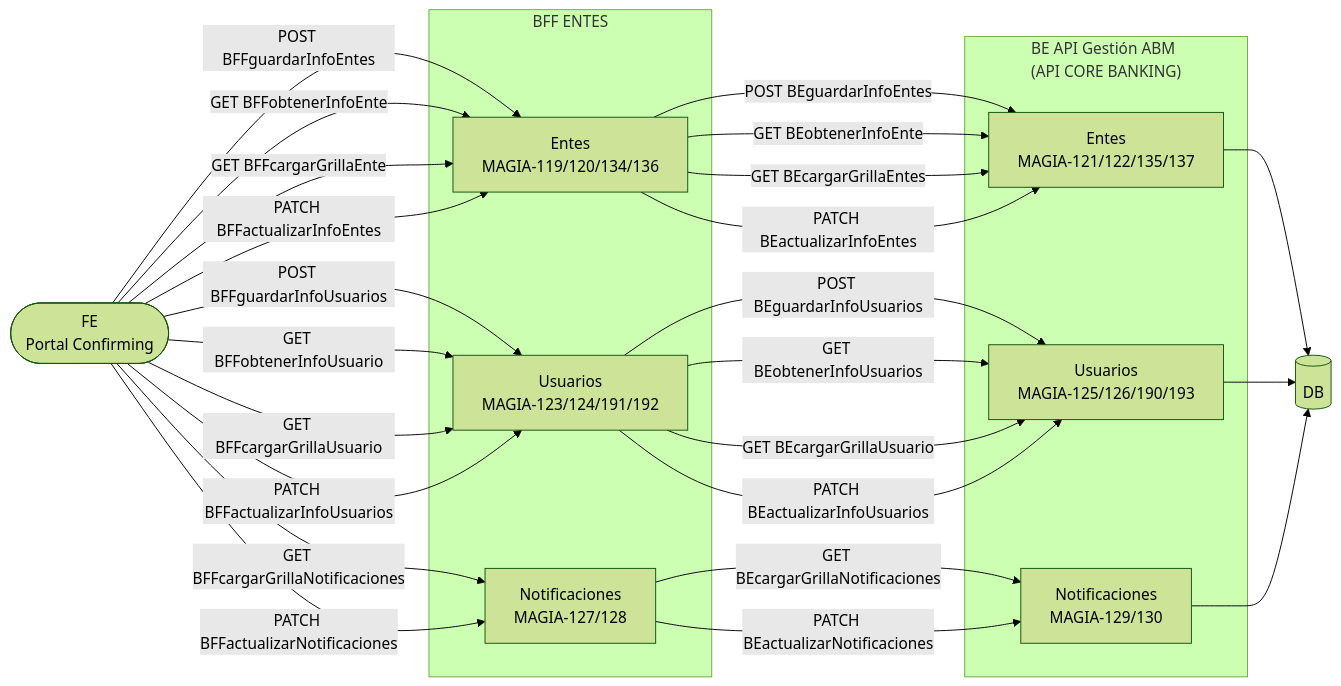
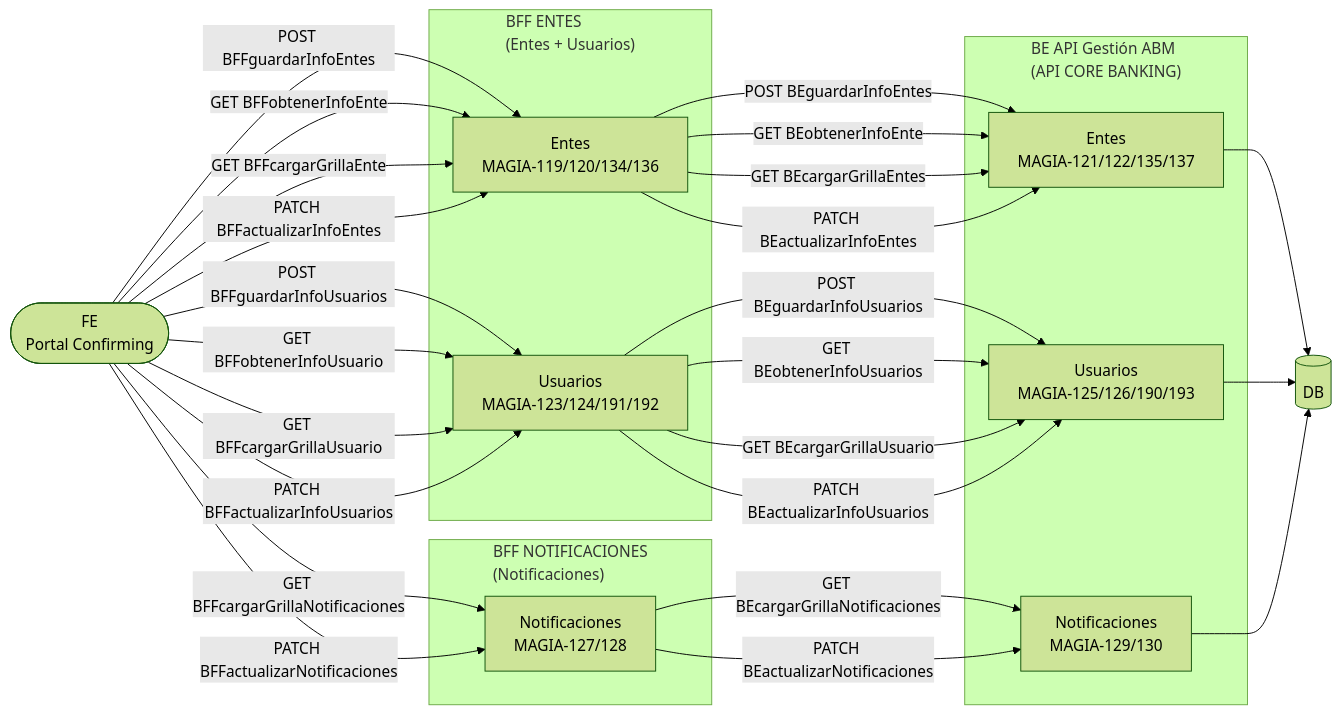
One commit to MarianaIntive/atlas-confirming-poc changed the second of 16 diagrams in assets/arquitectura_diagramas_v1.0.0.md. Above: the diagram before and after it, drawn with Mermaid (forest theme). The commit also changed other lines of this file and 7 other files, not shown here.

First line of the commit message:
Corregir arquitectura: 2 BFFs separados (ENTES y NOTIFICACIONES)

````diff
--- a/assets/arquitectura_diagramas_v1.0.0.md
+++ b/assets/arquitectura_diagramas_v1.0.0.md
@@ -134,46 +148,49 @@
 ```mermaid
 flowchart LR
     FE(["FE\nPortal Confirming"])
 
-    subgraph BFF_ENTES["BFF ENTES"]
+    subgraph BFF_ENTES["BFF ENTES\n(Entes + Usuarios)"]
         BFF_E["Entes\nMAGIA-119/120/134/136"]
         BFF_U["Usuarios\nMAGIA-123/124/191/192"]
+    end
+
+    subgraph BFF_NOTIF["BFF NOTIFICACIONES\n(Notificaciones)"]
         BFF_N["Notificaciones\nMAGIA-127/128"]
     end
 
     subgraph BE_ABM["BE API Gestión ABM\n(API CORE BANKING)"]
         BE_E["Entes\nMAGIA-121/122/135/137"]
         BE_U["Usuarios\nMAGIA-125/126/190/193"]
         BE_N["Notificaciones\nMAGIA-129/130"]
     end
 
     DB[("DB")]
 
     FE -->|POST BFFguardarInfoEntes| BFF_E
     FE -->|GET BFFobtenerInfoEnte| BFF_E
     FE -->|GET BFFcargarGrillaEnte| BFF_E
     FE -->|PATCH BFFactualizarInfoEntes| BFF_E
 
     FE -->|POST BFFguardarInfoUsuarios| BFF_U
     FE -->|GET BFFobtenerInfoUsuario| BFF_U
     FE -->|GET BFFcargarGrillaUsuario| BFF_U
     FE -->|PATCH BFFactualizarInfoUsuarios| BFF_U
 
     FE -->|GET BFFcargarGrillaNotificaciones| BFF_N
     FE -->|PATCH BFFactualizarNotificaciones| BFF_N
 
     BFF_E -->|POST BEguardarInfoEntes| BE_E
     BFF_E -->|GET BEobtenerInfoEnte| BE_E
     BFF_E -->|GET BEcargarGrillaEntes| BE_E
     BFF_E -->|PATCH BEactualizarInfoEntes| BE_E
 
     BFF_U -->|POST BEguardarInfoUsuarios| BE_U
     BFF_U -->|GET BEobtenerInfoUsuarios| BE_U
     BFF_U -->|GET BEcargarGrillaUsuario| BE_U
     BFF_U -->|PATCH BEactualizarInfoUsuarios| BE_U
 
     BFF_N -->|GET BEcargarGrillaNotificaciones| BE_N
     BFF_N -->|PATCH BEactualizarNotificaciones| BE_N
 
     BE_E & BE_U & BE_N --> DB
 ```
````
